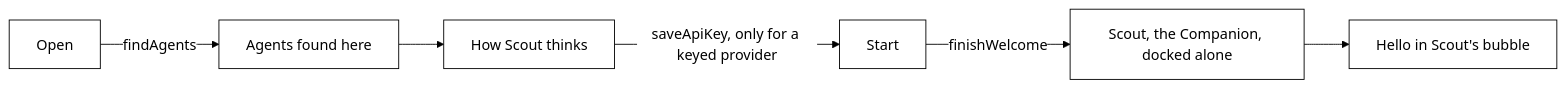
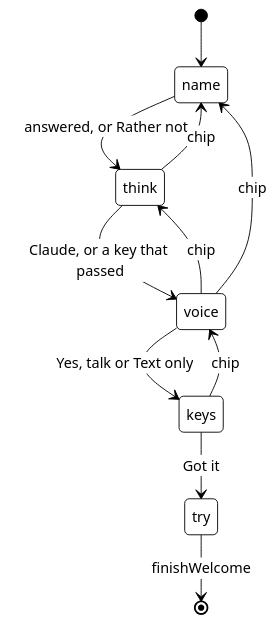
One commit to nadeem4/tagalong changed diagram 11 of 15 in docs/architecture.md. Above: the diagram before and after it, drawn with Mermaid. The commit also changed other lines of this file and 39 other files, not shown here.

First line of the commit message:
feat(protocol,core,ui,desktop): guided first run that Scout drives, answered by typing or a tap (#95)

````diff
--- a/docs/architecture.md
+++ b/docs/architecture.md
@@ -1396,9 +1400,14 @@
 ```mermaid
 %%{init: {'theme': 'base', 'themeVariables': {'primaryColor': '#ffffff', 'primaryTextColor': '#000000', 'primaryBorderColor': '#000000', 'lineColor': '#000000'}}}%%
-flowchart LR
-  O[Open] -->|findAgents| A[Agents found here]
-  A --> B[How Scout thinks]
-  B -->|saveApiKey, only for a keyed provider| S[Start]
-  S -->|finishWelcome| D[Scout, the Companion, docked alone]
-  D --> P[Hello in Scout's bubble]
+stateDiagram-v2
+  [*] --> name
+  name --> think: answered, or Rather not
+  think --> voice: Claude, or a key that passed
+  voice --> keys: Yes, talk or Text only
+  keys --> try: Got it
+  try --> [*]: finishWelcome
+  think --> name: chip
+  voice --> think: chip
+  voice --> name: chip
+  keys --> voice: chip
 ```
````
